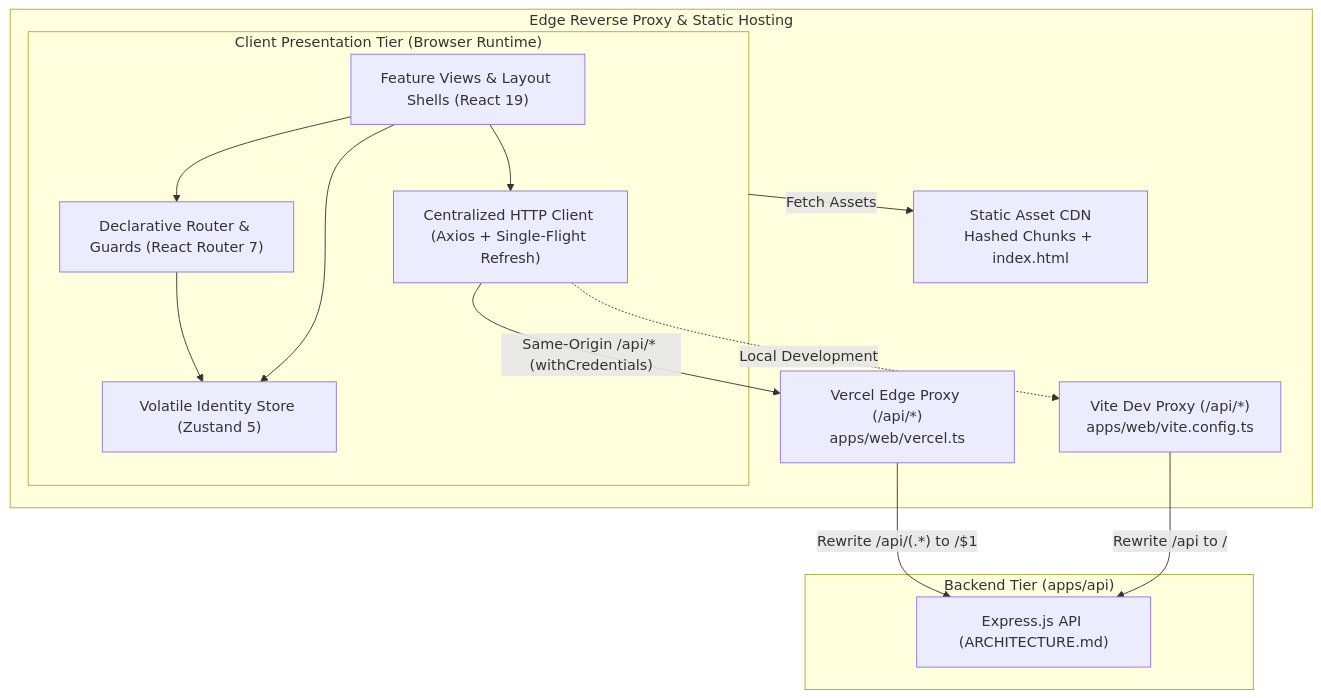
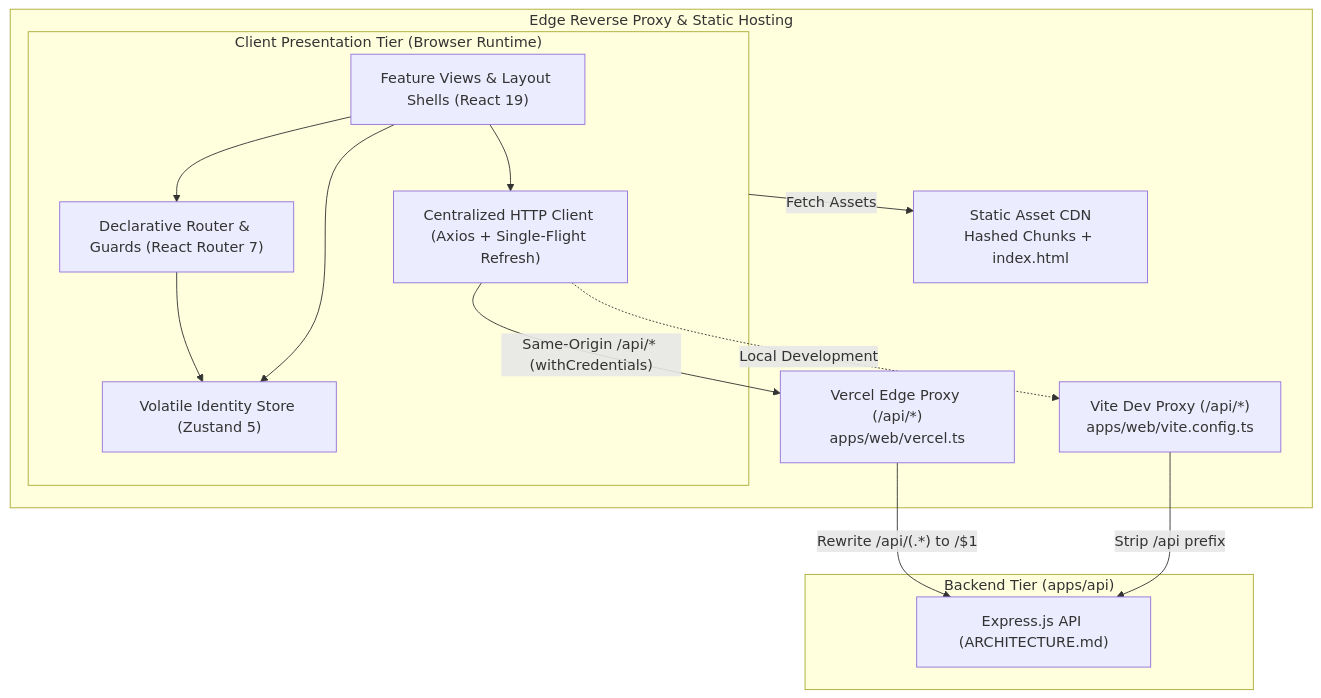
Before and after one commit to utkarshj014/authsphere: the first of 9 diagrams in docs/FRONTEND_ARCHITECTURE.md, drawn with Mermaid. The commit also changed other lines of this file and 12 other files, not shown here.

````diff
--- a/docs/FRONTEND_ARCHITECTURE.md
+++ b/docs/FRONTEND_ARCHITECTURE.md
@@ -33,30 +33,30 @@
 ```mermaid
 flowchart TD
     subgraph Browser ["Client Presentation Tier (Browser Runtime)"]
         UI["Feature Views & Layout Shells (React 19)"]
         Router["Declarative Router & Guards (React Router 7)"]
         Store["Volatile Identity Store (Zustand 5)"]
         Client["Centralized HTTP Client (Axios + Single-Flight Refresh)"]
 
         UI --> Router
         Router --> Store
         UI --> Store
         UI --> Client
     end
 
     subgraph Edge ["Edge Reverse Proxy & Static Hosting"]
         EdgeProxy["Vercel Edge Proxy (/api/*)<br/>apps/web/vercel.ts"]
         DevProxy["Vite Dev Proxy (/api/*)<br/>apps/web/vite.config.ts"]
         CDN["Static Asset CDN<br/>Hashed Chunks + index.html"]
 
         Client -->|"Same-Origin /api/* (withCredentials)"| EdgeProxy
         Client -.->|"Local Development"| DevProxy
         Browser -->|"Fetch Assets"| CDN
     end
 
     subgraph Backend ["Backend Tier (apps/api)"]
         API["Express.js API (ARCHITECTURE.md)"]
         EdgeProxy -->|"Rewrite /api/(.*) to /$1"| API
-        DevProxy -->|"Rewrite /api to /"| API
+        DevProxy -->|"Strip /api prefix"| API
     end
 ```
````
